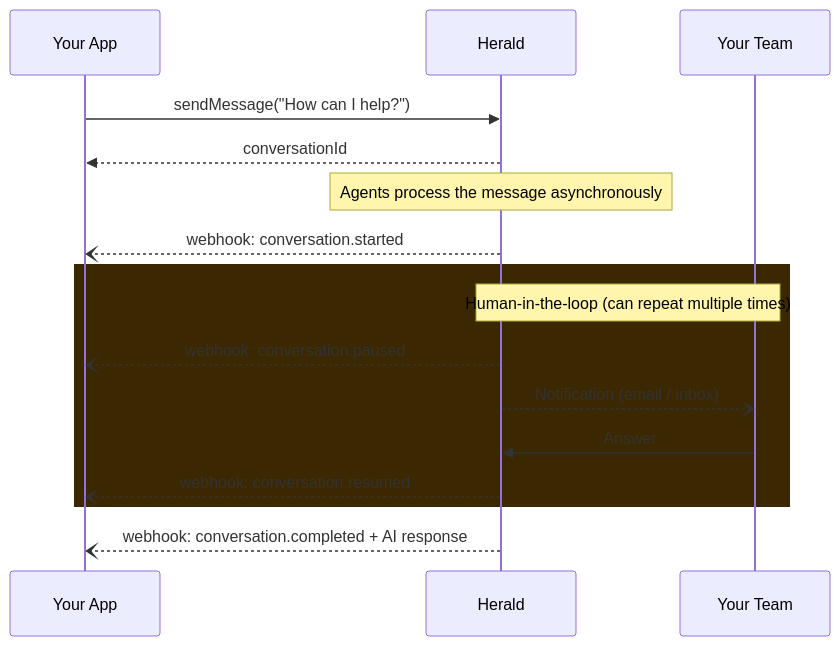
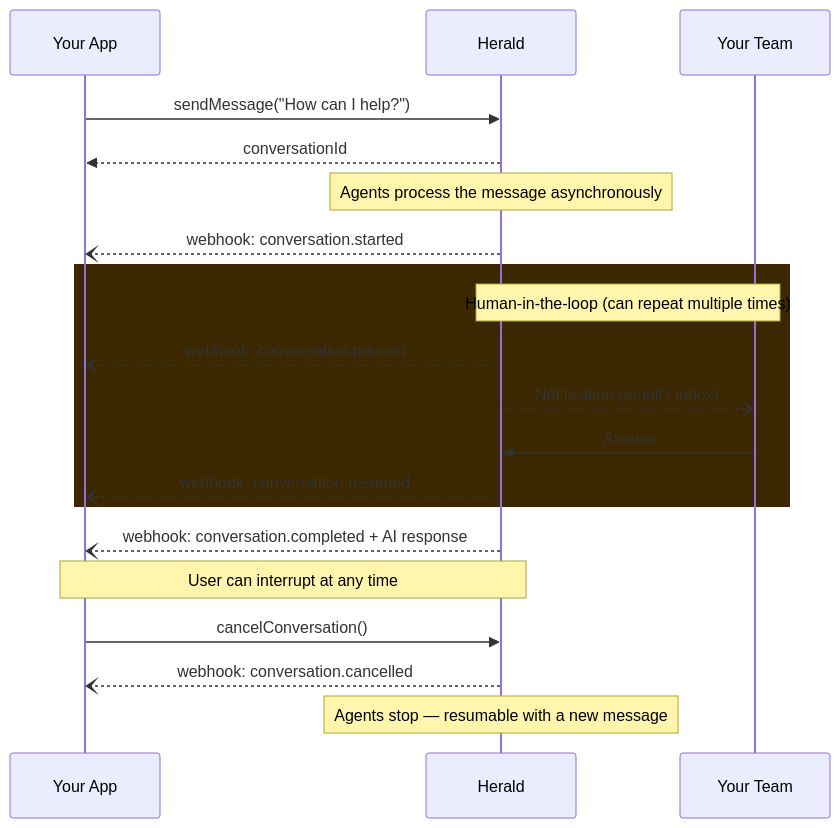
One commit to AD-Conculting-AI/herald-bundle changed the first of 2 diagrams in README.md. Above: the diagram before and after it, drawn with Mermaid. The commit also changed other lines of this file and 1 other file, not shown here.

First line of the commit message:
docs: add conversation.cancelled webhook event

````diff
--- a/README.md
+++ b/README.md
@@ -9,23 +9,28 @@
 ```mermaid
 sequenceDiagram
     participant App as Your App
     participant Herald
     participant Team as Your Team
 
     App->>Herald: sendMessage("How can I help?")
     Herald-->>App: conversationId
 
     Note over Herald: Agents process the message asynchronously
 
     Herald--)App: webhook: conversation.started
 
     rect rgb(60, 40, 0)
         Note over Herald,Team: Human-in-the-loop (can repeat multiple times)
         Herald--)App: webhook: conversation.paused
         Herald--)Team: Notification (email / inbox)
         Team->>Herald: Answer
         Herald--)App: webhook: conversation.resumed
     end
 
     Herald--)App: webhook: conversation.completed + AI response
+
+    Note over App,Herald: User can interrupt at any time
+    App->>Herald: cancelConversation()
+    Herald--)App: webhook: conversation.cancelled
+    Note over Herald: Agents stop — resumable with a new message
 ```
````
